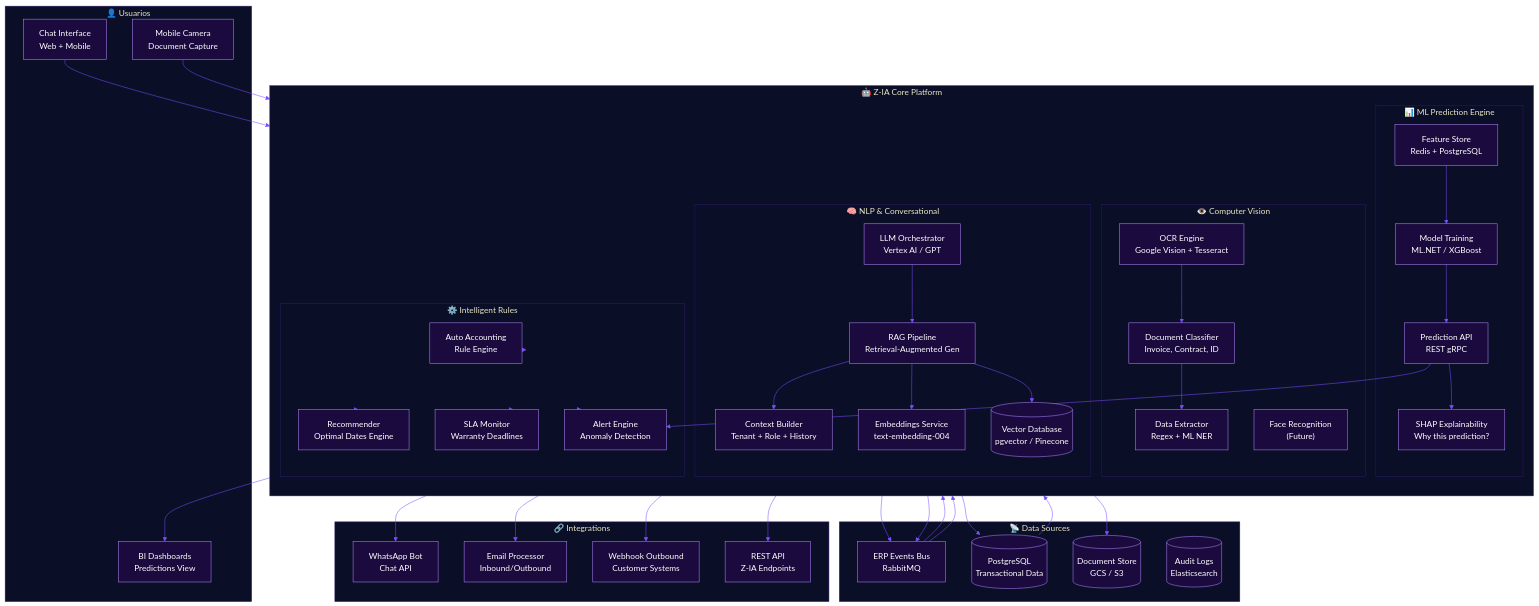
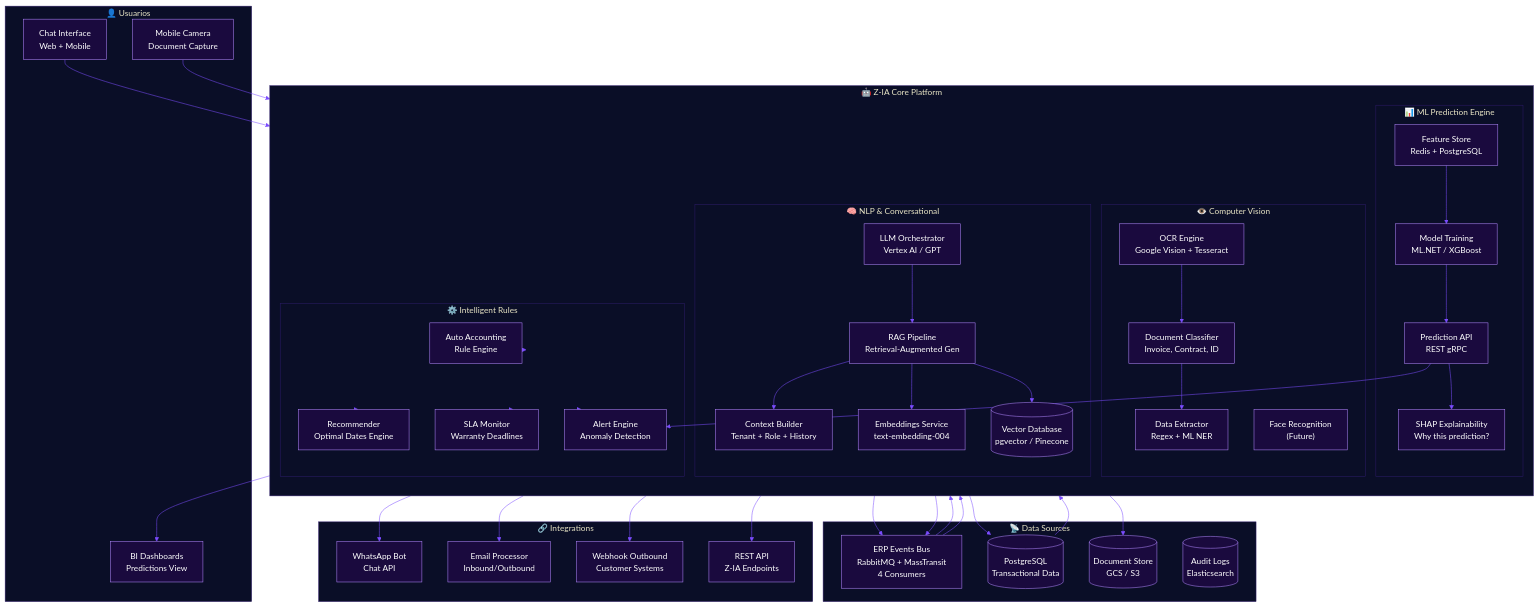
Before and after one commit to AllSystem23/zorvian: the first of 3 diagrams in docs/diagrams/z_ia_architecture.md, drawn with Mermaid. The commit also changed 52 other files, not shown here.

```diff
--- a/docs/diagrams/z_ia_architecture.md
+++ b/docs/diagrams/z_ia_architecture.md
@@ -54,7 +54,7 @@
   end
 
   subgraph DataSources["📡 Data Sources"]
-    ERP["ERP Events Bus<br/>RabbitMQ"]
+    ERP["ERP Events Bus<br/>RabbitMQ + MassTransit<br/>4 Consumers"]
     PG[("PostgreSQL<br/>Transactional Data")]
     DOCS[("Document Store<br/>GCS / S3")]
     AUDIT[("Audit Logs<br/>Elasticsearch")]
```
